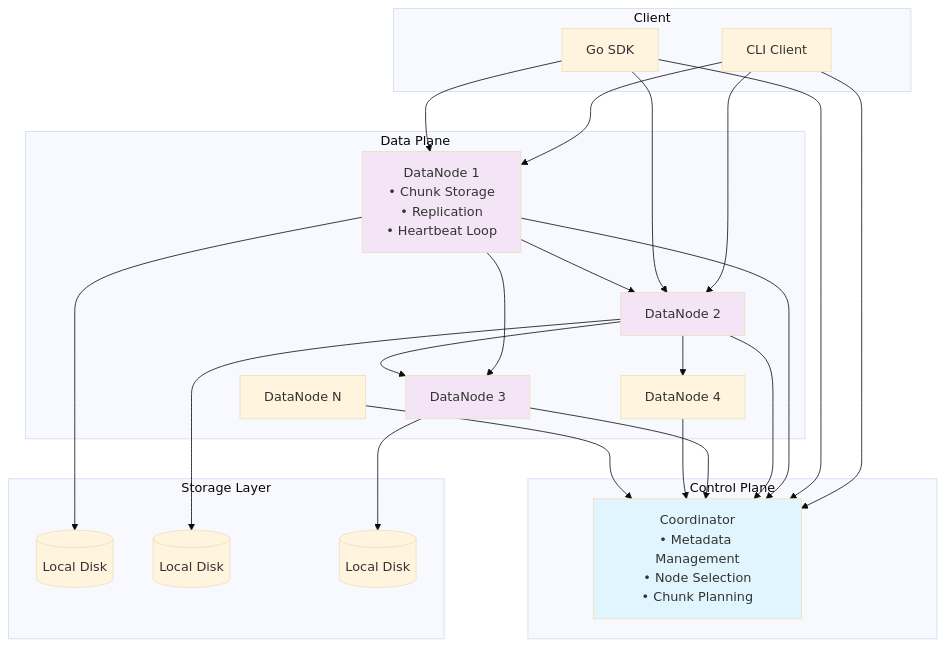
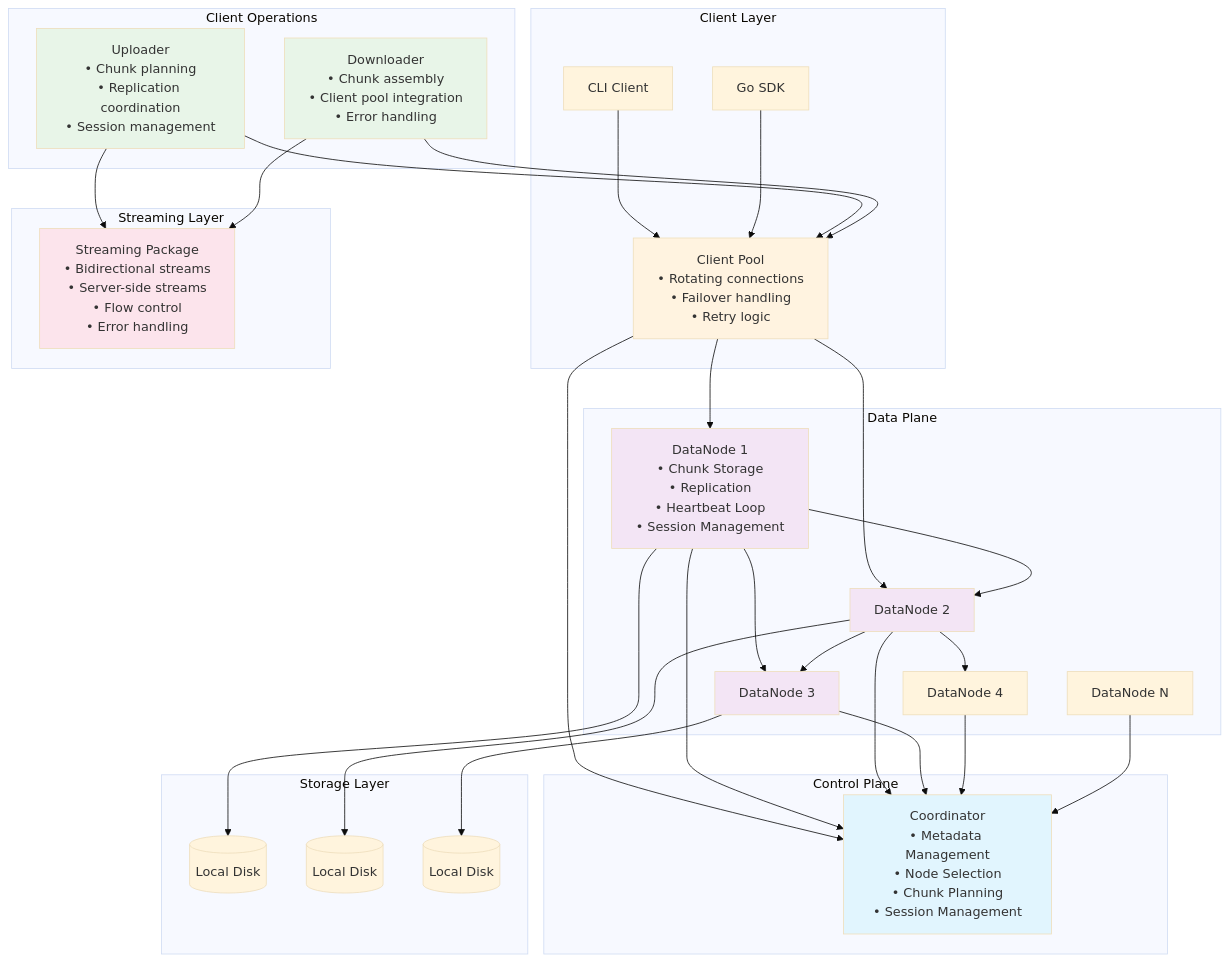
Before and after one commit to mochivi/distributed-file-system: the first of 13 diagrams in docs/design.md, drawn with Mermaid (base theme). The commit also changed other lines of this file and 9 other files, not shown here.

````diff
--- a/docs/design.md
+++ b/docs/design.md
@@ -21,52 +21,71 @@
 ```mermaid
 flowchart TB
-    subgraph "Client"
+    subgraph "Client Layer"
         CLI["CLI Client"]
         SDK["Go SDK"]
+        CPOOL["Client Pool<br/>• Rotating connections<br/>• Failover handling<br/>• Retry logic"]
     end
 
     subgraph "Control Plane"
-        COORD["Coordinator<br/>• Metadata Management<br/>• Node Selection<br/>• Chunk Planning"]
+        COORD["Coordinator<br/>• Metadata Management<br/>• Node Selection<br/>• Chunk Planning<br/>• Session Management"]
     end
 
     subgraph "Data Plane"
-        DN1["DataNode 1<br/>• Chunk Storage<br/>• Replication<br/>• Heartbeat Loop"]
+        DN1["DataNode 1<br/>• Chunk Storage<br/>• Replication<br/>• Heartbeat Loop<br/>• Session Management"]
         DN2["DataNode 2"]
         DN3["DataNode 3"]
         DN4["DataNode 4"]
         DNn["DataNode N"]
+    end
+
+    subgraph "Client Operations"
+        UPLOADER["Uploader<br/>• Chunk planning<br/>• Replication coordination<br/>• Session management"]
+        DOWNLOADER["Downloader<br/>• Chunk assembly<br/>• Client pool integration<br/>• Error handling"]
+    end
+
+    subgraph "Streaming Layer"
+        STREAMING["Streaming Package<br/>• Bidirectional streams<br/>• Server-side streams<br/>• Flow control<br/>• Error handling"]
     end
 
     subgraph "Storage Layer"
         DISK1[("Local Disk")]
         DISK2[("Local Disk")]
         DISK3[("Local Disk")]
     end
 
-    CLI --> COORD
-    SDK --> COORD
-    CLI --> DN1
-    SDK --> DN1
-    CLI --> DN2
-    SDK --> DN2
+    CLI --> CPOOL
+    SDK --> CPOOL
+    CPOOL --> COORD
+    CPOOL --> DN1
+    CPOOL --> DN2
+
+    UPLOADER --> CPOOL
+    DOWNLOADER --> CPOOL
+
+    UPLOADER --> STREAMING
+    DOWNLOADER --> STREAMING
 
     DN1 --> DN2
     DN1 --> DN3
     DN2 --> DN3
     DN2 --> DN4
 
     DN1 --> DISK1
     DN2 --> DISK2
     DN3 --> DISK3
 
     DN1 --> COORD
     DN2 --> COORD
     DN3 --> COORD
     DN4 --> COORD
     DNn --> COORD
 
     style COORD fill:#e1f5fe
     style DN1 fill:#f3e5f5
     style DN2 fill:#f3e5f5
     style DN3 fill:#f3e5f5
+    style CPOOL fill:#fff3e0
+    style UPLOADER fill:#e8f5e8
+    style DOWNLOADER fill:#e8f5e8
+    style STREAMING fill:#fce4ec
 ```
````
